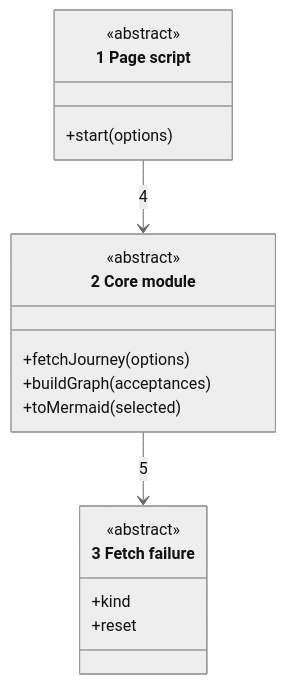
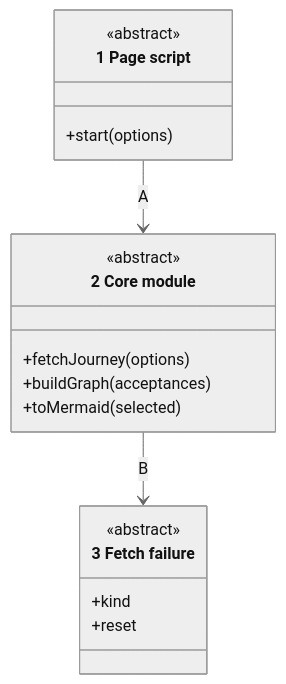
The first of 2 diagrams in docs/architecture/04-code.md (may-journal/journey), drawn with Mermaid (neutral theme) before and after one commit. The commit also changed other lines of this file and 4 other files, not shown here.

First line of the commit message:
docs(architecture): connector callouts are letters (#15)

````diff
--- a/docs/architecture/04-code.md
+++ b/docs/architecture/04-code.md
@@ -7,21 +7,21 @@
 ```mermaid
 classDiagram
     class page["1 Page script"] {
         <<abstract>>
         +start(options)
     }
     class core["2 Core module"] {
         <<abstract>>
         +fetchJourney(options)
         +buildGraph(acceptances)
         +toMermaid(selected)
     }
     class failure["3 Fetch failure"] {
         <<abstract>>
         +kind
         +reset
     }
 
-    page --> core : 4
-    core --> failure : 5
+    page --> core : A
+    core --> failure : B
 ```
````
